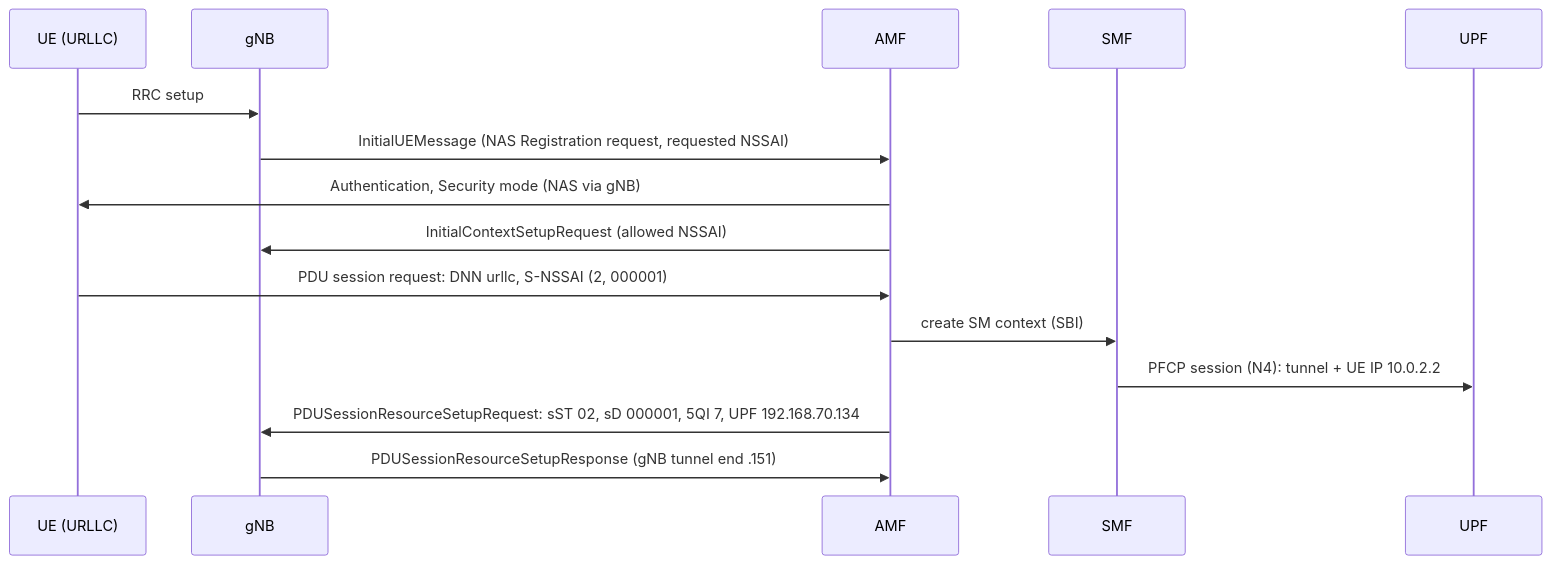
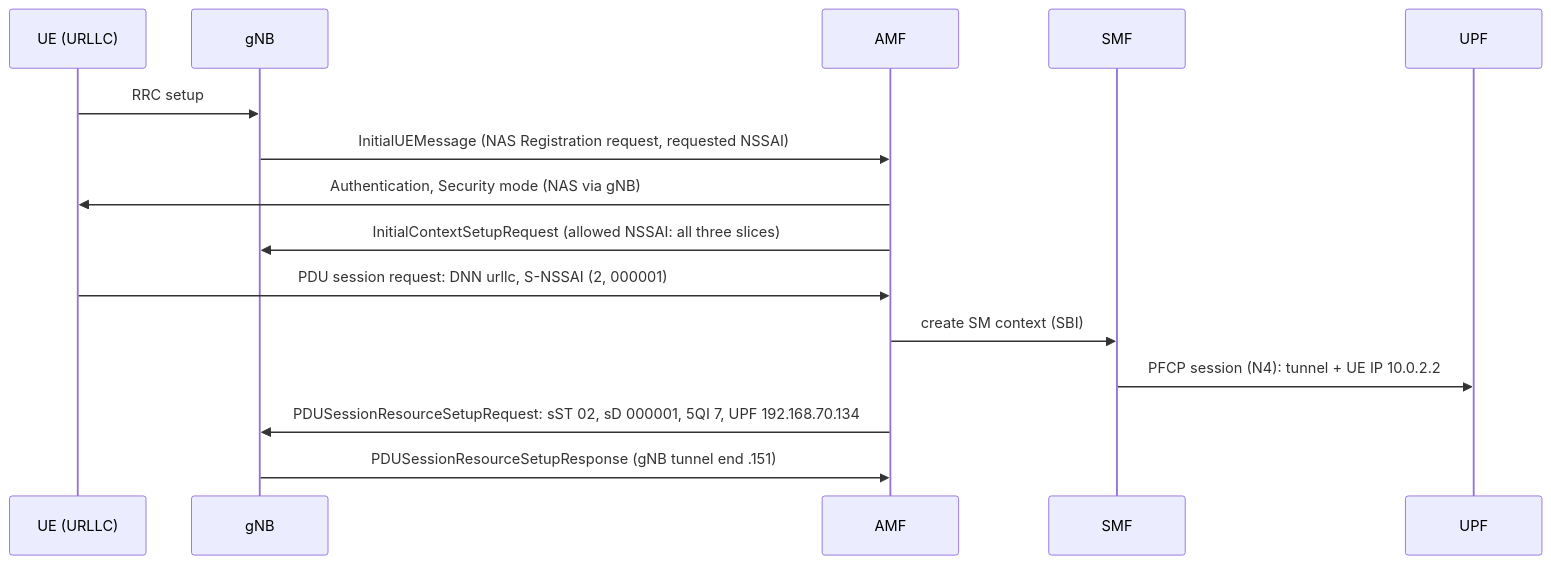
One commit to SouhailBourhim/Agentic_AI_For_RIC_in_O_RAN changed the diagram in docs/learn/M06-testbed.md. Above: the diagram before and after it, drawn with Mermaid. The commit also changed other lines of this file and 7 other files, not shown here.

First line of the commit message:
M06 note: topology figure (SVG + PNG), asked-vs-got bars, RTT CDFs, attach timeline from the N2 capture

````diff
--- a/docs/learn/M06-testbed.md
+++ b/docs/learn/M06-testbed.md
@@ -132,17 +125,17 @@
 ```mermaid
 sequenceDiagram
     participant UE as UE (URLLC)
     participant G as gNB
     participant AMF
     participant SMF
     participant UPF
     UE->>G: RRC setup
     G->>AMF: InitialUEMessage (NAS Registration request, requested NSSAI)
     AMF->>UE: Authentication, Security mode (NAS via gNB)
-    AMF->>G: InitialContextSetupRequest (allowed NSSAI)
+    AMF->>G: InitialContextSetupRequest (allowed NSSAI: all three slices)
     UE->>AMF: PDU session request: DNN urllc, S-NSSAI (2, 000001)
     AMF->>SMF: create SM context (SBI)
     SMF->>UPF: PFCP session (N4): tunnel + UE IP 10.0.2.2
     AMF->>G: PDUSessionResourceSetupRequest: sST 02, sD 000001, 5QI 7, UPF 192.168.70.134
     G->>AMF: PDUSessionResourceSetupResponse (gNB tunnel end .151)
 ```
````
